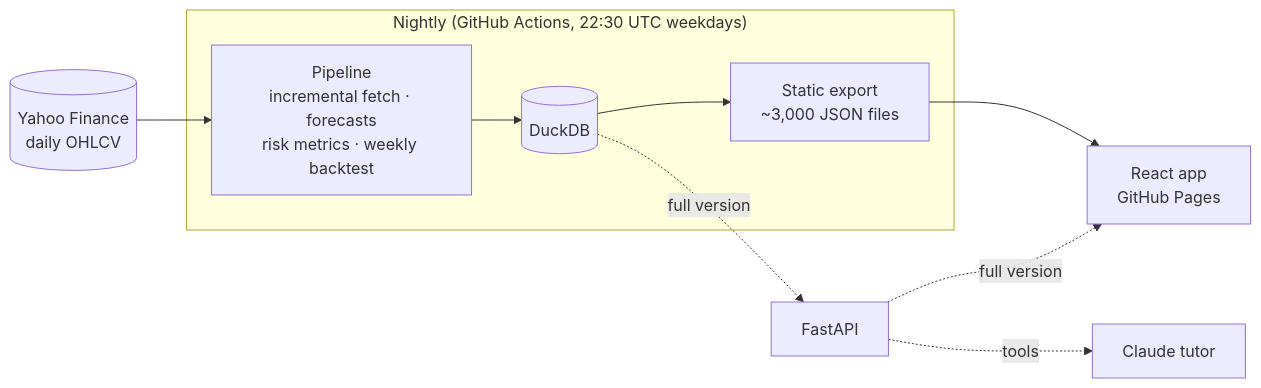
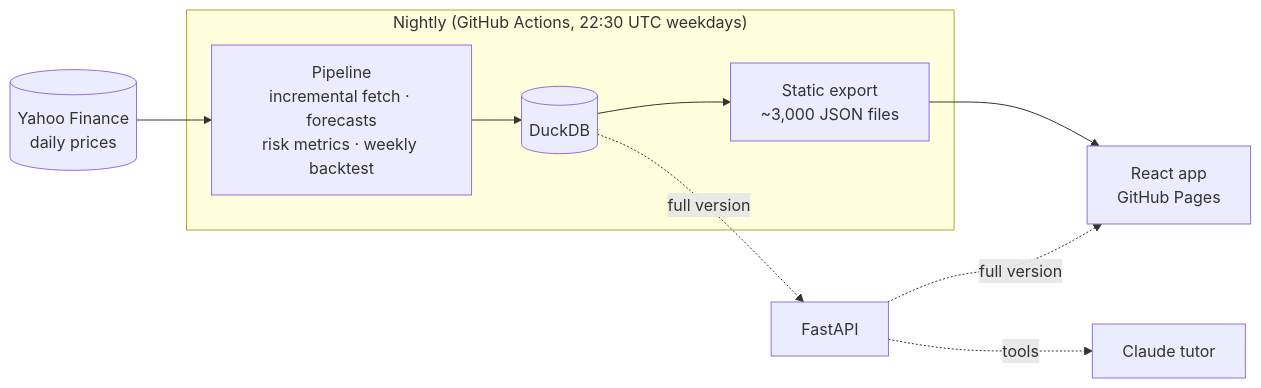
One commit to AnayPatel-P/investedge changed the diagram in README.md. Above: the diagram before and after it, drawn with Mermaid. The commit also changed other lines of this file and 6 other files, not shown here.

````diff
--- a/README.md
+++ b/README.md
@@ -64,12 +68,12 @@
 ```mermaid
 flowchart LR
-  Y[(Yahoo Finance<br/>daily OHLCV)] --> P
+  Y[(Yahoo Finance<br/>daily prices)] --> P
   subgraph Nightly["Nightly (GitHub Actions, 22:30 UTC weekdays)"]
     P[Pipeline<br/>incremental fetch · forecasts<br/>risk metrics · weekly backtest] --> D[(DuckDB)]
     D --> E[Static export<br/>~3,000 JSON files]
   end
   E --> W[React app<br/>GitHub Pages]
   D -. full version .-> A[FastAPI]
   A -. full version .-> W
   A -. tools .-> C[Claude tutor]
 ```
````
